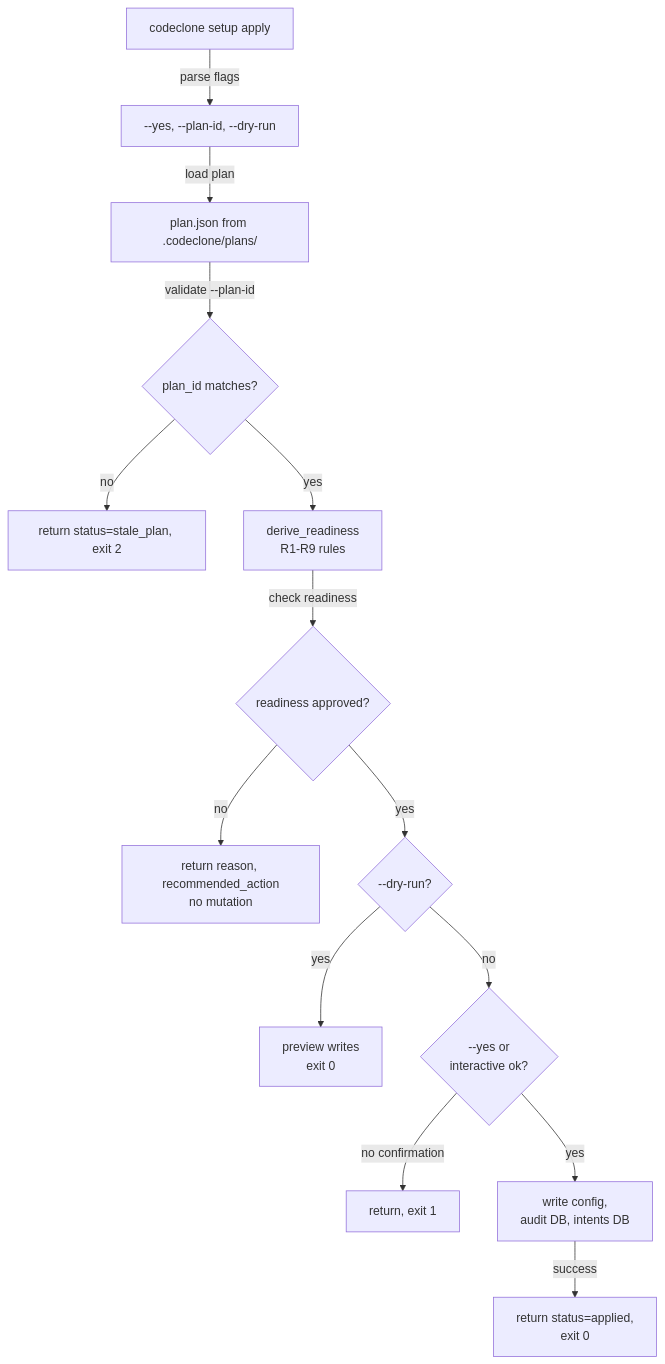
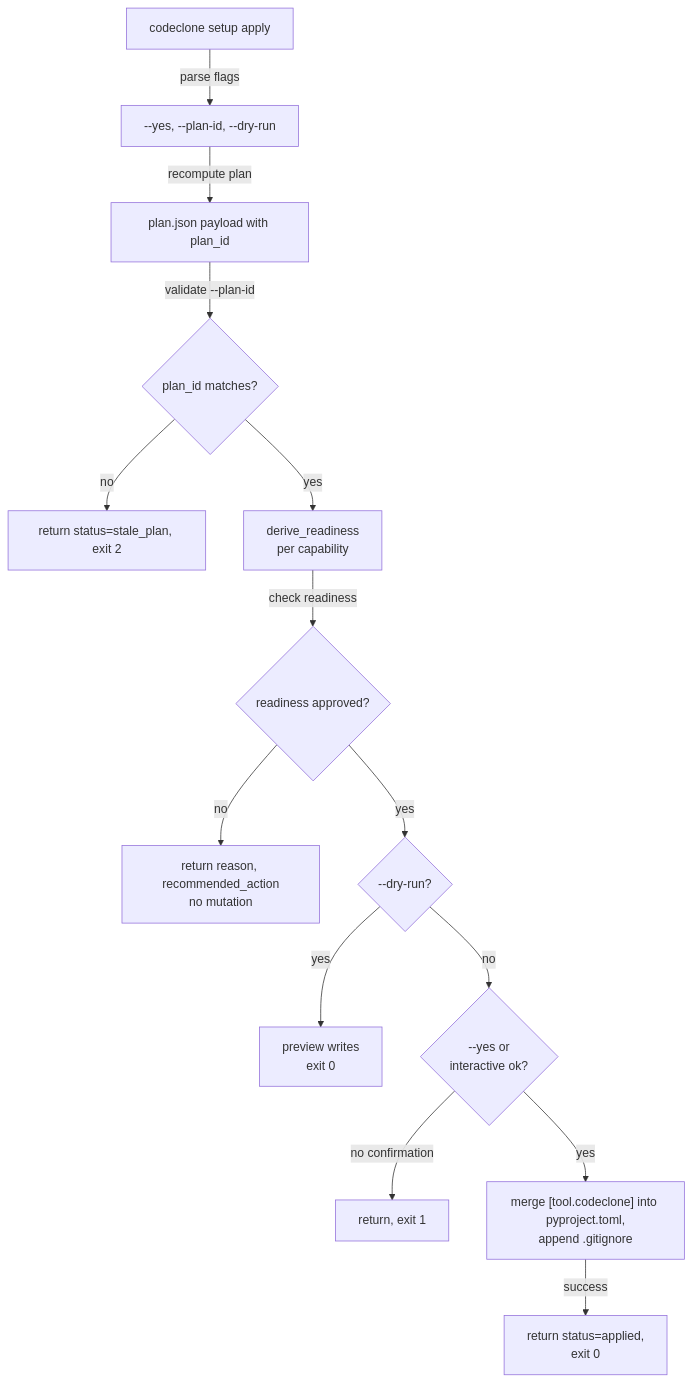
The diagram in docs/internal/contracts/setup-apply.md (orenlab/codeclone), drawn with Mermaid before and after one commit. The commit also changed other lines of this file and 38 other files, not shown here.

````diff
--- a/docs/internal/contracts/setup-apply.md
+++ b/docs/internal/contracts/setup-apply.md
@@ -45,16 +45,16 @@
 ```mermaid
 graph TD
   A["codeclone setup apply"] -->|parse flags| B["--yes, --plan-id, --dry-run"]
-  B -->|load plan| C["plan.json from .codeclone/plans/"]
+  B -->|recompute plan| C["plan.json payload with plan_id"]
   C -->|validate --plan-id| D{plan_id matches?}
   D -->|no| E["return status=stale_plan, exit 2"]
-  D -->|yes| F["derive_readiness<br/>R1-R9 rules"]
+  D -->|yes| F["derive_readiness<br/>per capability"]
   F -->|check readiness| G{readiness approved?}
   G -->|no| H["return reason, recommended_action<br/>no mutation"]
   G -->|yes| I{--dry-run?}
   I -->|yes| J["preview writes<br/>exit 0"]
   I -->|no| K{--yes or<br/>interactive ok?}
   K -->|no confirmation| L["return, exit 1"]
-  K -->|yes| M["write config,<br/>audit DB, intents DB"]
+  K -->|yes| M["merge [tool.codeclone] into pyproject.toml,<br/>append .gitignore"]
   M -->|success| N["return status=applied,<br/>exit 0"]
 ```
````
